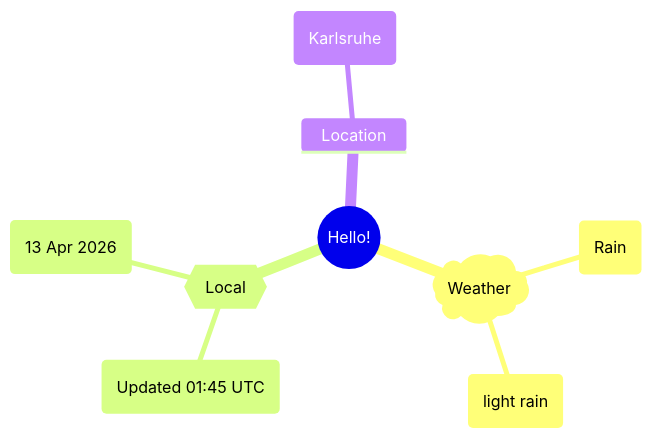
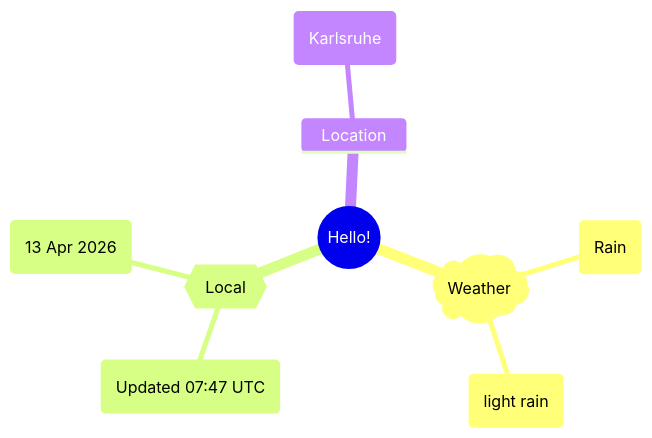
The first of 2 diagrams in README.md (Xosrov/Xosrov), drawn with Mermaid before and after one commit.

Commit message:
[bot] updated images

````diff
--- a/README.md
+++ b/README.md
@@ -3,12 +3,12 @@
 ```mermaid
 mindmap
   root((Hello!))
     )Weather(
         (Rain)
         (light rain)
     {{Local}}
-        (Updated 01:45 UTC)
+        (Updated 07:47 UTC)
         (13 Apr 2026)
     Location
         (Karlsruhe)
 ```
````
